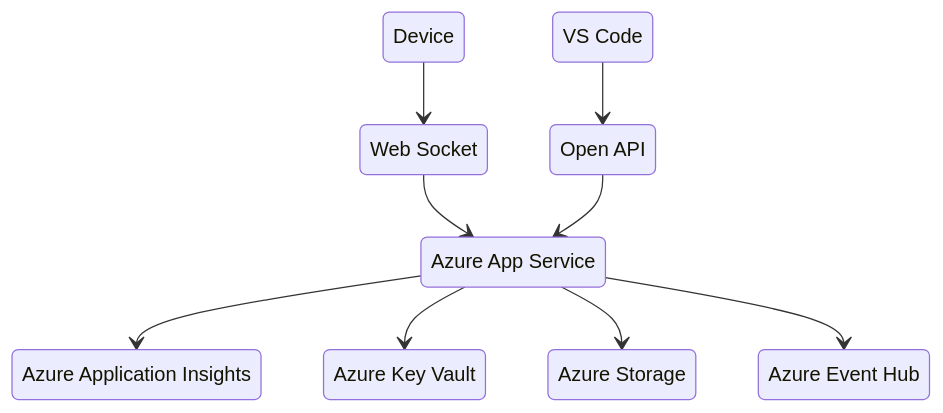
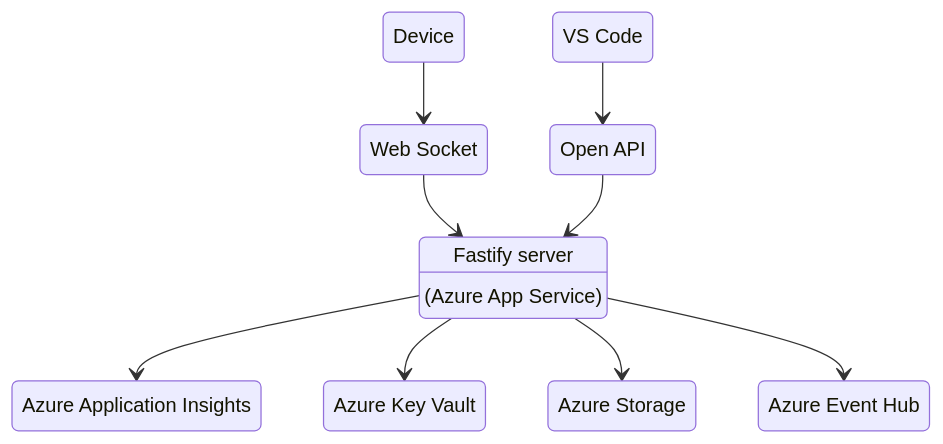
One commit to microsoft/devicescript changed the second of 2 diagrams in website/docs/developer/cloud/gateway.mdx. Above: the diagram before and after it, drawn with Mermaid. The commit also changed other lines of this file and 1 other file, not shown here.

````diff
--- a/website/docs/developer/cloud/gateway.mdx
+++ b/website/docs/developer/cloud/gateway.mdx
@@ -42,22 +100,23 @@
 ```mermaid
 stateDiagram-v2
+    web: Fastify server
     dev: Device
     ai: Azure Application Insights
     hub: Azure Event Hub
     kv: Azure Key Vault
     wssk: Web Socket
     openapi: Open API
-    web: Azure App Service
+    web: (Azure App Service)
     vscode: VS Code
     storage: Azure Storage
 
     dev --> wssk
     web --> ai
     web --> kv
     wssk --> web
     openapi --> web
     web --> storage
     web --> hub
     vscode --> openapi
 
 ```
````
